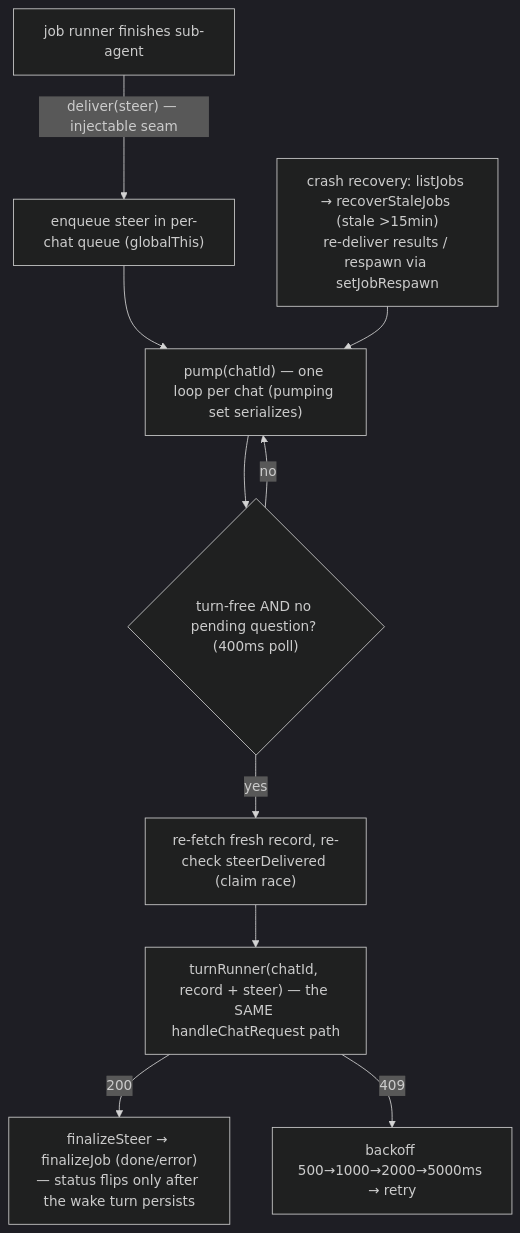
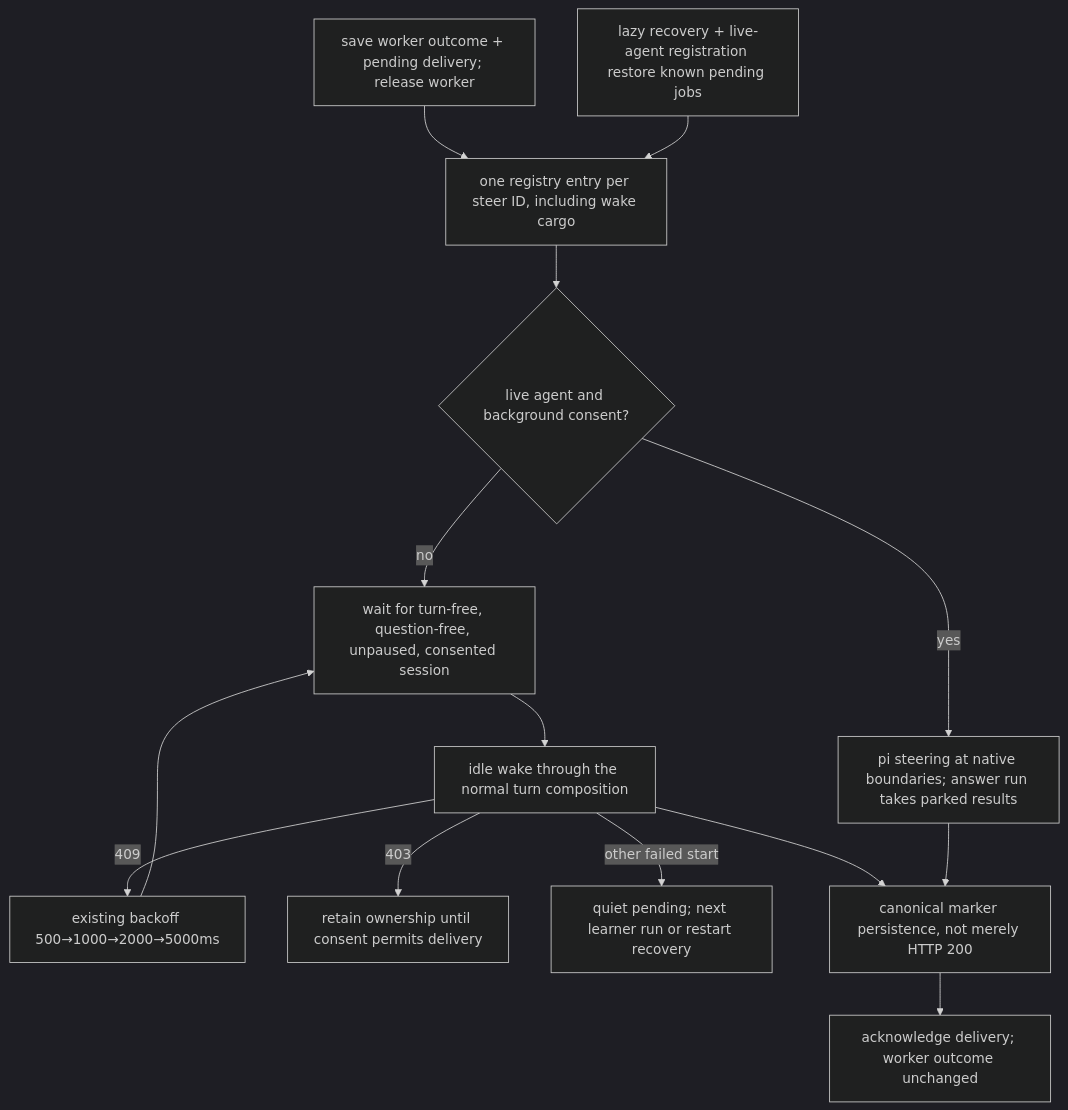
The fifth of 7 diagrams in docs/architecture.md (Bakar404/cairn), drawn with Mermaid (dark theme) before and after one commit. The commit also changed other lines of this file and 18 other files, not shown here.

Commit message:
fix: separate worker completion from durable session delivery

````diff
--- a/docs/architecture.md
+++ b/docs/architecture.md
@@ -318,12 +318,16 @@
 ```mermaid
 flowchart TB
-    R["job runner finishes sub-agent"] -->|"deliver(steer) — injectable seam"| ENQ["enqueue steer in per-chat queue (globalThis)"]
-    ENQ --> PUMP["pump(chatId) — one loop per chat (pumping set serializes)"]
-    PUMP --> GATE{"turn-free AND no pending question? (400ms poll)"}
-    GATE -->|no| PUMP
-    GATE -->|yes| REFRESH["re-fetch fresh record, re-check steerDelivered (claim race)"]
-    REFRESH --> RUN["turnRunner(chatId, record + steer) — the SAME handleChatRequest path"]
-    RUN -->|"200"| FIN["finalizeSteer → finalizeJob (done/error)<br/>— status flips only after the wake turn persists"]
-    RUN -->|"409"| BACKOFF["backoff 500→1000→2000→5000ms → retry"]
-    CRASH["crash recovery: listJobs → recoverStaleJobs (stale >15min)<br/>re-deliver results / respawn via setJobRespawn"] --> PUMP
+    R["save worker outcome + pending delivery; release worker"] --> ENQ["one registry entry per steer ID, including wake cargo"]
+    ENQ --> LIVE{"live agent and background consent?"}
+    LIVE -->|yes| STEER["pi steering at native boundaries; answer run takes parked results"]
+    LIVE -->|no| GATE["wait for turn-free, question-free, unpaused, consented session"]
+    GATE --> RUN["idle wake through the normal turn composition"]
+    RUN -->|"409"| BACKOFF["existing backoff 500→1000→2000→5000ms"]
+    BACKOFF --> GATE
+    RUN -->|"403"| HOLD["retain ownership until consent permits delivery"]
+    RUN -->|"other failed start"| QUIET["quiet pending; next learner run or restart recovery"]
+    RUN --> SAVE["canonical marker persistence, not merely HTTP 200"]
+    STEER --> SAVE
+    SAVE --> FIN["acknowledge delivery; worker outcome unchanged"]
+    CRASH["lazy recovery + live-agent registration restore known pending jobs"] --> ENQ
 ```
````
